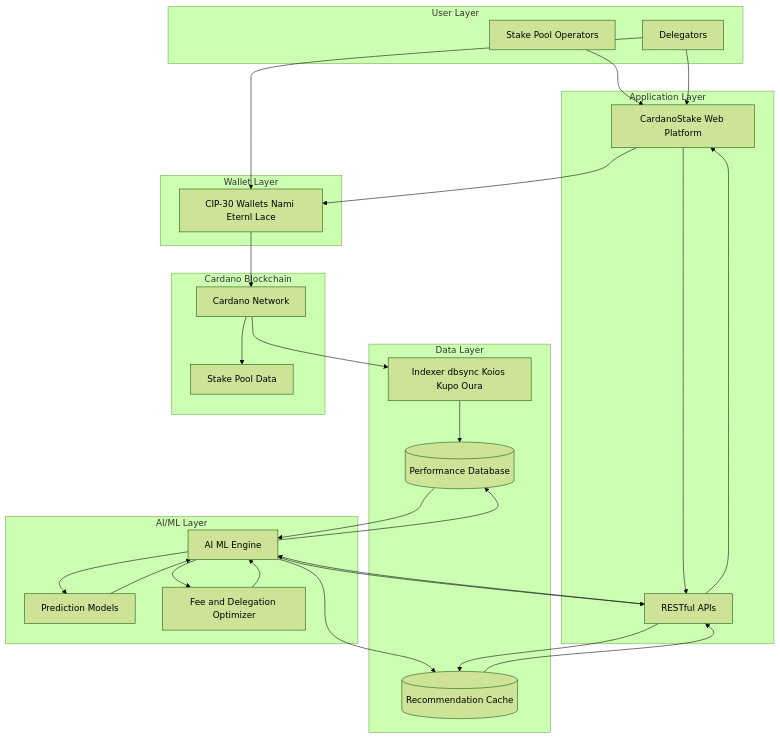
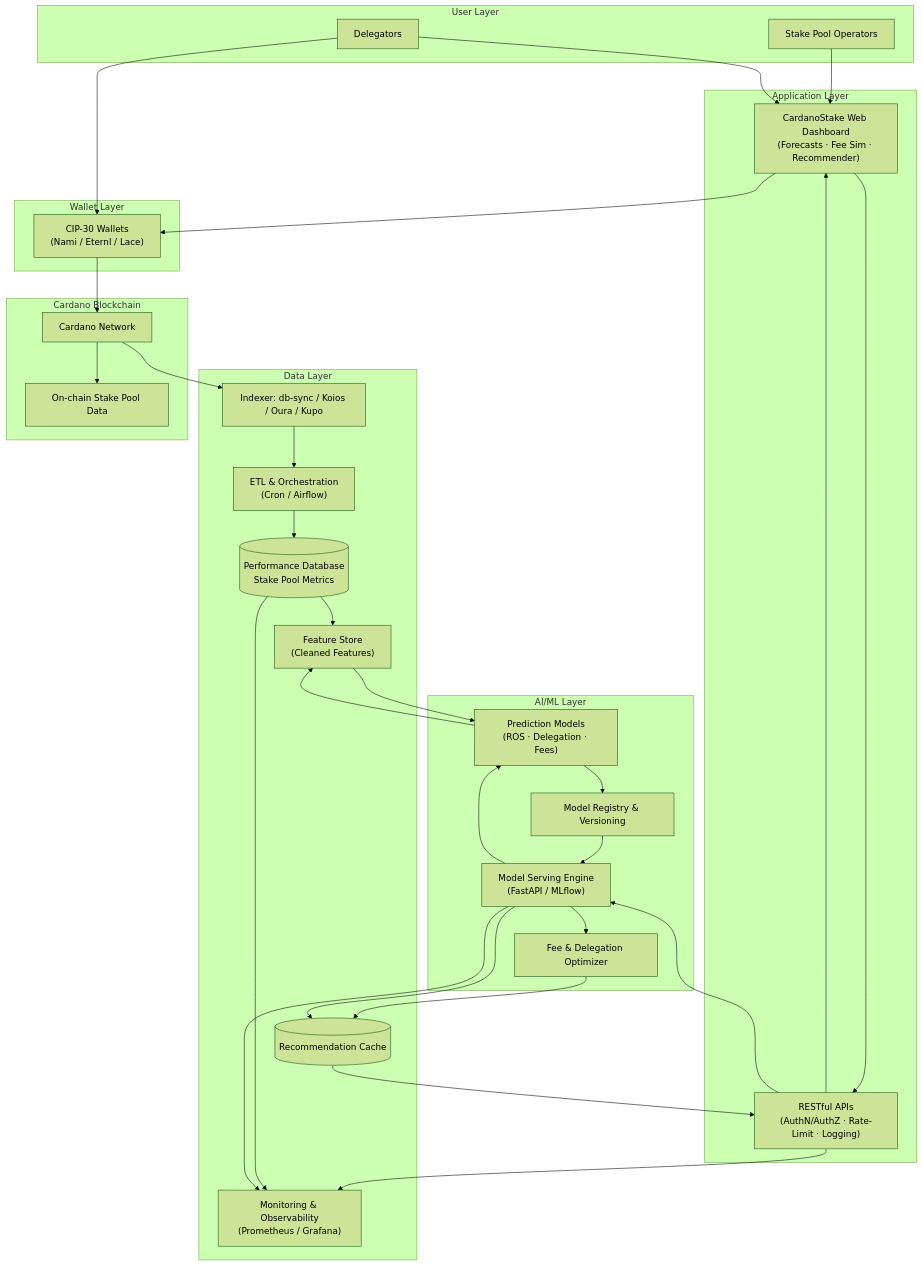
The diagram in README.md (dmt041104111003/AI-pool-14-FUND), drawn with Mermaid (forest theme) before and after one commit.

````diff
--- a/README.md
+++ b/README.md
@@ -1,65 +1,75 @@
 ```mermaid
 graph TB
     subgraph "User Layer"
         SPO[Stake Pool Operators]
         DEL[Delegators]
     end
 
     subgraph "Wallet Layer"
-        WAL[CIP-30 Wallets Nami Eternl Lace]
+        WAL["CIP-30 Wallets\n(Nami / Eternl / Lace)"]
     end
 
     subgraph "Application Layer"
-        WEB[CardanoStake Web Platform]
-        API[RESTful APIs]
+        WEB["CardanoStake Web Dashboard\n(Forecasts · Fee Sim · Recommender)"]
+        API["RESTful APIs\n(AuthN/AuthZ · Rate-Limit · Logging)"]
     end
 
     subgraph "AI/ML Layer"
-        AI[AI ML Engine]
-        ML[Prediction Models]
-        PRED[Fee and Delegation Optimizer]
+        REG["Model Registry & Versioning"]
+        ML["Prediction Models\n(ROS · Delegation · Fees)"]
+        PRED["Fee & Delegation Optimizer"]
+        SERVE["Model Serving Engine\n(FastAPI / MLflow)"]
     end
 
     subgraph "Data Layer"
-        IDX[Indexer dbsync Koios Kupo Oura]
-        DB[(Performance Database)]
-        CACHE[(Recommendation Cache)]
+        IDX["Indexer: db-sync / Koios / Oura / Kupo"]
+        ETL["ETL & Orchestration\n(Cron / Airflow)"]
+        DB[("Performance Database\nStake Pool Metrics")]
+        FEAT["Feature Store\n(Cleaned Features)"]
+        CACHE[("Recommendation Cache")]
+        MON["Monitoring & Observability\n(Prometheus / Grafana)"]
     end
 
     subgraph "Cardano Blockchain"
         CARD[Cardano Network]
-        POOLS[Stake Pool Data]
+        POOLS[On-chain Stake Pool Data]
     end
 
     %% User connections
     SPO --> WEB
     DEL --> WEB
     WEB --> WAL
     DEL --> WAL
 
     %% Application flow
     WEB --> API
     API --> WEB
 
     %% AI/ML connections
-    API --> AI
-    AI --> API
-    AI --> ML
-    ML --> AI
-    AI --> PRED
-    PRED --> AI
+    API --> SERVE
+    SERVE --> ML
+    ML --> REG
+    SERVE --> PRED
+    PRED --> CACHE
+    REG --> SERVE
 
     %% Data connections
     CARD --> IDX
-    IDX --> DB
-    DB --> AI
-    AI --> DB
-    AI --> CACHE
+    IDX --> ETL
+    ETL --> DB
+    DB --> FEAT
+    FEAT --> ML
+    ML --> FEAT
+    SERVE --> CACHE
     CACHE --> API
-    API --> CACHE
 
     %% Blockchain connections (via wallet)
     WAL --> CARD
     CARD --> POOLS
 
+    %% Monitoring hooks
+    API --> MON
+    DB --> MON
+    SERVE --> MON
+
 ```
````
